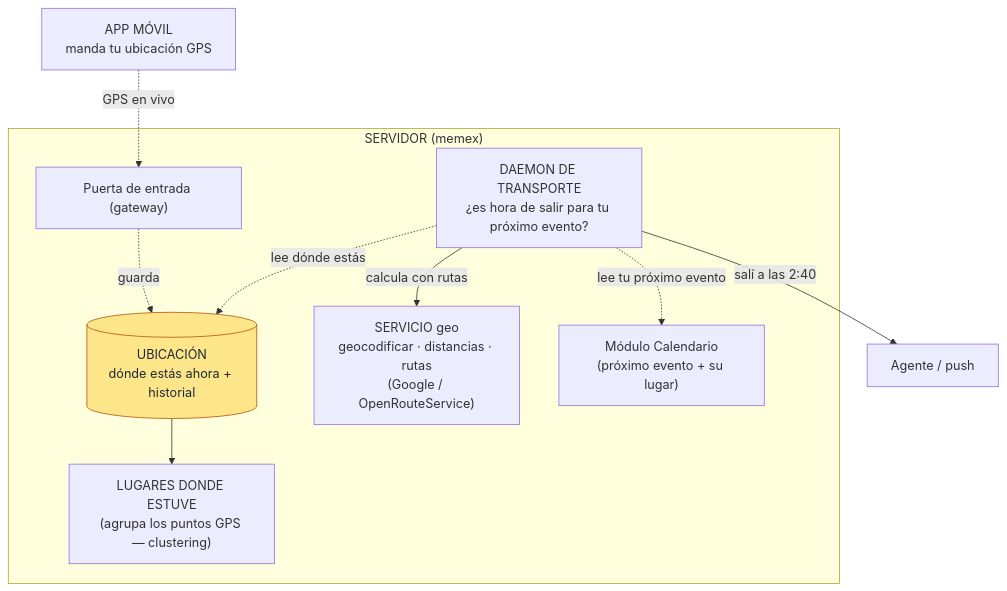
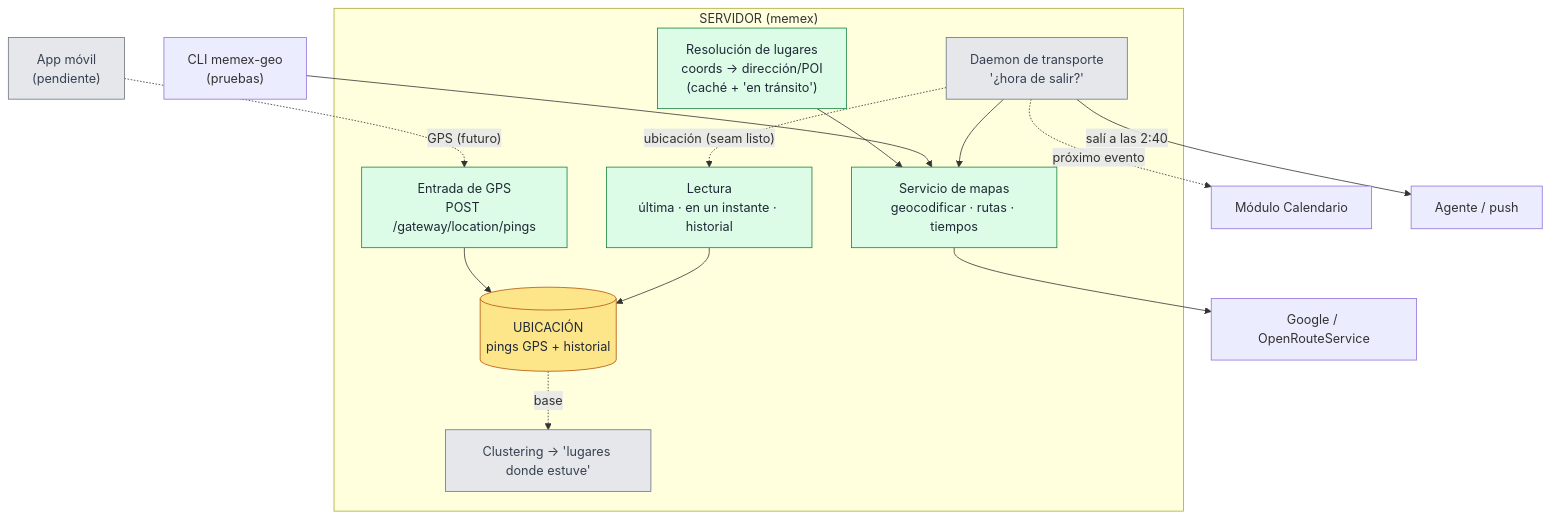
Before and after one commit to CoKeFish/memex: the diagram in docs/subsistema-geo.md, drawn with Mermaid. The commit also changed other lines of this file, not shown here.

First line of the commit message:
docs(geo): actualizar subsistema-geo al estado construido (plano de ubicacion + resolucion de lugares)

````diff
--- a/docs/subsistema-geo.md
+++ b/docs/subsistema-geo.md
@@ -14,26 +16,38 @@
 ```mermaid
 flowchart TB
-  app["APP MÓVIL<br/>manda tu ubicación GPS"]
+  app["App móvil<br/>(pendiente)"]
+  cli["CLI memex-geo<br/>(pruebas)"]
 
   subgraph srv["SERVIDOR (memex)"]
-    gw["Puerta de entrada (gateway)"]
-    ubic[("UBICACIÓN<br/>dónde estás ahora + historial")]
-    serv["SERVICIO geo<br/>geocodificar · distancias · rutas<br/>(Google / OpenRouteService)"]
-    lugares["LUGARES DONDE ESTUVE<br/>(agrupa los puntos GPS — clustering)"]
-    daemon["DAEMON DE TRANSPORTE<br/>¿es hora de salir para tu próximo evento?"]
-    cal["Módulo Calendario<br/>(próximo evento + su lugar)"]
+    gw["Entrada de GPS<br/>POST /gateway/location/pings"]
+    ubic[("UBICACIÓN<br/>pings GPS + historial")]
+    lectura["Lectura<br/>última · en un instante · historial"]
+    lugares_r["Resolución de lugares<br/>coords → dirección/POI<br/>(caché + 'en tránsito')"]
+    serv["Servicio de mapas<br/>geocodificar · rutas · tiempos"]
+    cluster["Clustering → 'lugares donde estuve'"]
+    daemon["Daemon de transporte<br/>'¿hora de salir?'"]
   end
 
+  cal["Módulo Calendario"]
+  maps["Google / OpenRouteService"]
   agente["Agente / push"]
 
-  app -. "GPS en vivo" .-> gw
-  gw -. guarda .-> ubic
-  ubic --> lugares
-  daemon -. "lee dónde estás" .-> ubic
-  daemon -. "lee tu próximo evento" .-> cal
-  daemon -->|"calcula con rutas"| serv
+  app -. "GPS (futuro)" .-> gw
+  gw --> ubic
+  lectura --> ubic
+  ubic -. "base" .-> cluster
+  lugares_r --> serv
+  cli --> serv
+  serv --> maps
+  daemon -. "ubicación (seam listo)" .-> lectura
+  daemon -. "próximo evento" .-> cal
+  daemon --> serv
   daemon -->|"salí a las 2:40"| agente
 
+  classDef done fill:#dcfce7,stroke:#15803d,color:#1f2937;
+  classDef pend fill:#e5e7eb,stroke:#6b7280,color:#374151;
   classDef store fill:#fde68a,stroke:#b45309,color:#1f2937;
+  class gw,lectura,lugares_r,serv done;
   class ubic store;
+  class app,cluster,daemon pend;
 ```
````
